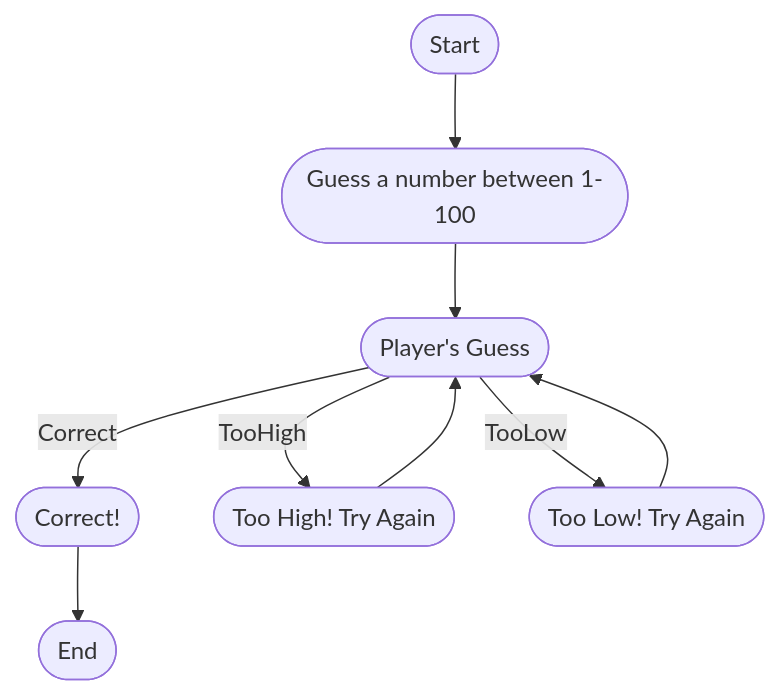
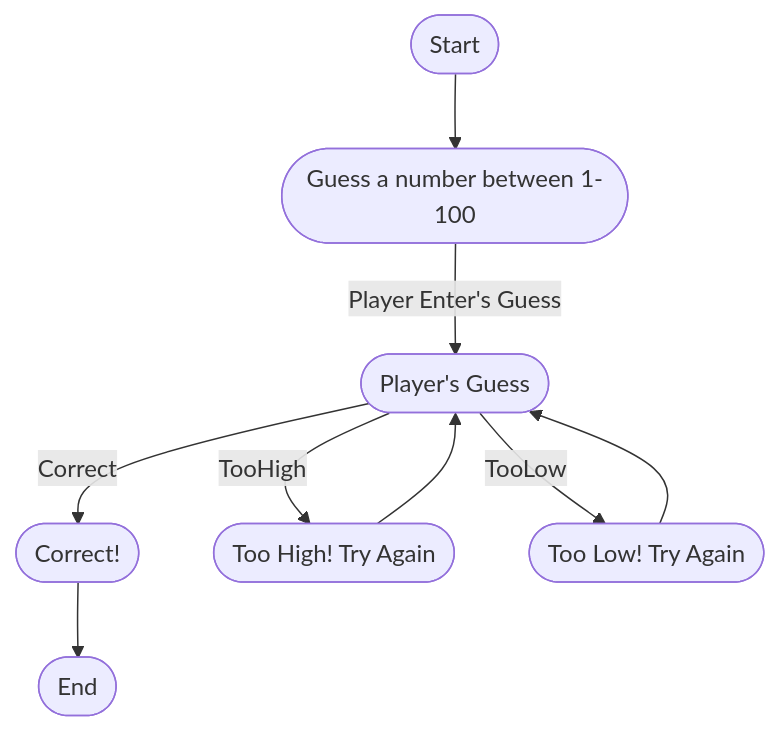
The diagram in Guessing.md (veturon2/veturon2.github.io), drawn with Mermaid before and after one commit.

````diff
--- a/Guessing.md
+++ b/Guessing.md
@@ -3,13 +3,13 @@
 ```mermaid
 flowchart TD;
   Start([Start])-->RandomNumber([Guess a number between 1-100]);
-  RandomNumber-->PlayerInput([Player's Guess]);
+  RandomNumber--Player Enter's Guess-->PlayerInput([Player's Guess]);
   
   PlayerInput--Correct-->CorrectGuess([Correct!]);
   PlayerInput--TooHigh-->WrongGuessHigh([Too High! Try Again]);
   PlayerInput--TooLow-->WrongGuessLow([Too Low! Try Again]);
   
   WrongGuessHigh-->PlayerInput
   WrongGuessLow-->PlayerInput
   CorrectGuess-->End([End])
 ```
````
